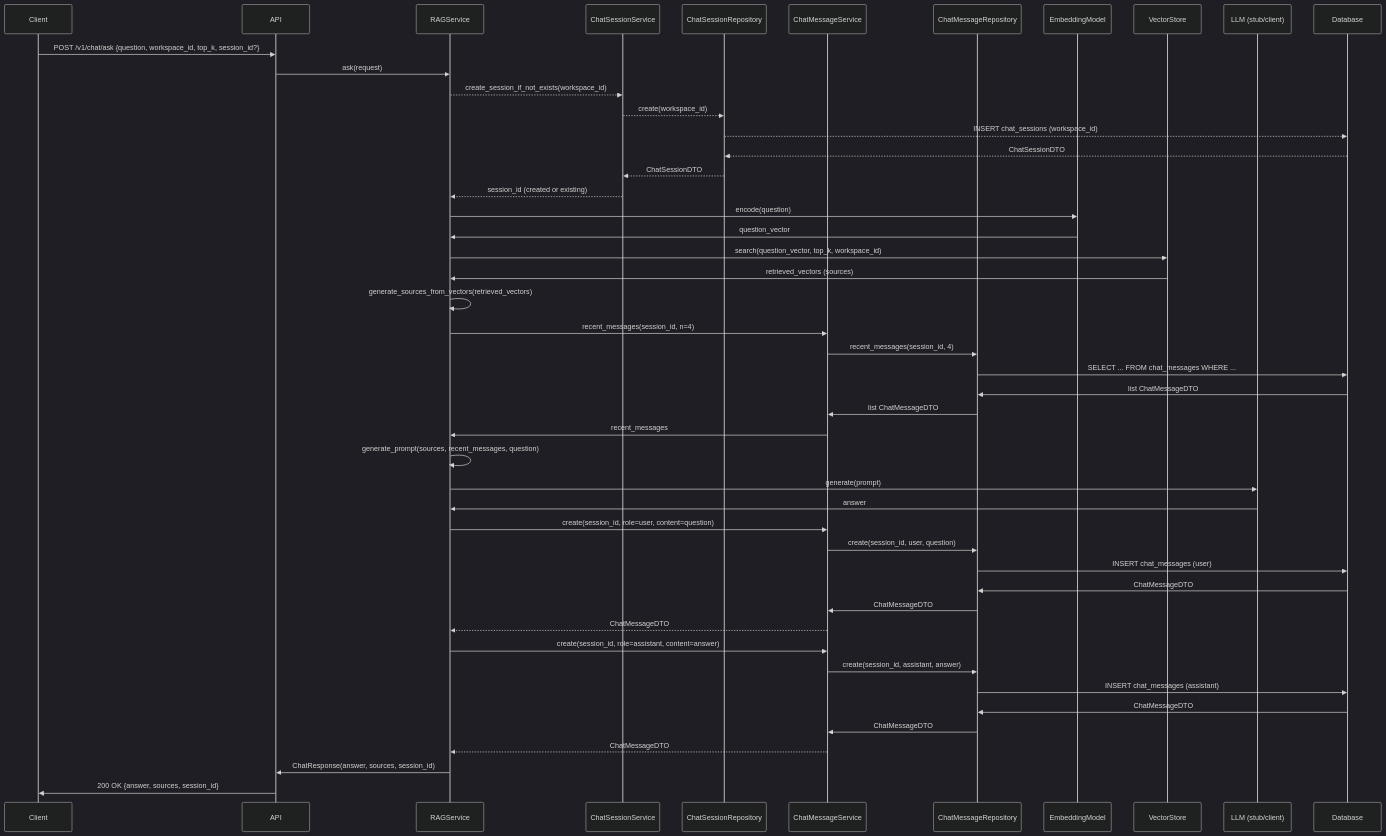
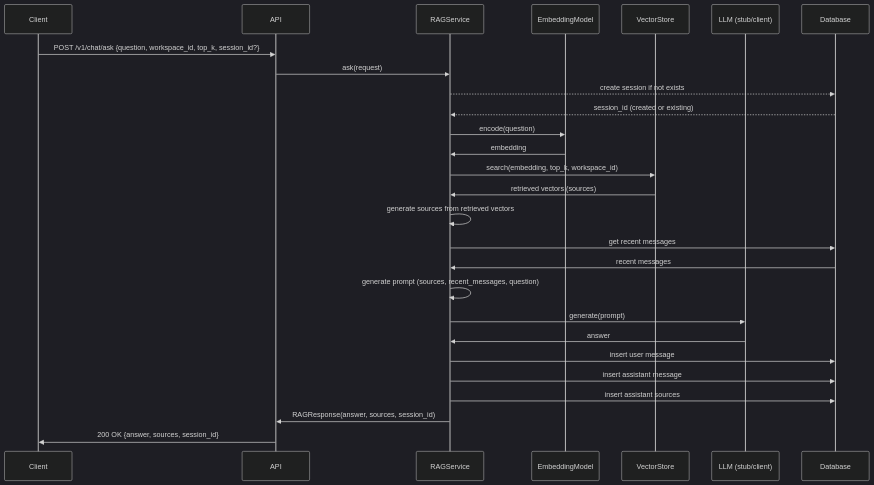
The second of 2 diagrams in ARCHITECTURE.md (Lunarskii/ingestion-service), drawn with Mermaid (dark theme) before and after one commit. The commit also changed other lines of this file and 53 other files, not shown here.

````diff
--- a/ARCHITECTURE.md
+++ b/ARCHITECTURE.md
@@ -247,58 +275,36 @@
 ```mermaid
 sequenceDiagram
     participant Client
     participant API
     participant RAGService
-    participant ChatSessionService
-    participant ChatSessionRepository
-    participant ChatMessageService
-    participant ChatMessageRepository
     participant EmbeddingModel
     participant VectorStore
     participant LLM as LLM (stub/client)
-    participant Database
+    participant DB as Database
 
     Client->>API: POST /v1/chat/ask {question, workspace_id, top_k, session_id?}
     API->>RAGService: ask(request)
     
-    RAGService-->>ChatSessionService: create_session_if_not_exists(workspace_id)
-    ChatSessionService-->>ChatSessionRepository: create(workspace_id)
-    ChatSessionRepository-->>Database: INSERT chat_sessions (workspace_id)
-    Database-->>ChatSessionRepository: ChatSessionDTO
-    ChatSessionRepository-->>ChatSessionService: ChatSessionDTO
-    ChatSessionService-->>RAGService: session_id (created or existing)
+    RAGService-->>DB: create session if not exists
+    DB-->>RAGService: session_id (created or existing)
     
     RAGService->>EmbeddingModel: encode(question)
-    EmbeddingModel->>RAGService: question_vector
-    RAGService->>VectorStore: search(question_vector, top_k, workspace_id)
-    VectorStore->>RAGService: retrieved_vectors (sources)
-    RAGService->>RAGService: generate_sources_from_vectors(retrieved_vectors)
+    EmbeddingModel->>RAGService: embedding
+    RAGService->>VectorStore: search(embedding, top_k, workspace_id)
+    VectorStore->>RAGService: retrieved vectors (sources)
+    RAGService->>RAGService: generate sources from retrieved vectors
     
-    RAGService->>ChatMessageService: recent_messages(session_id, n=4)
-    ChatMessageService->>ChatMessageRepository: recent_messages(session_id, 4)
-    ChatMessageRepository->>Database: SELECT ... FROM chat_messages WHERE ...
-    Database->>ChatMessageRepository: list ChatMessageDTO
-    ChatMessageRepository->>ChatMessageService: list ChatMessageDTO
-    ChatMessageService->>RAGService: recent_messages
-    
-    RAGService->>RAGService: generate_prompt(sources, recent_messages, question)
+    RAGService->>DB: get recent messages
+    DB->>RAGService: recent messages
+
+    RAGService->>RAGService: generate prompt (sources, recent_messages, question)
     RAGService->>LLM: generate(prompt)
     LLM->>RAGService: answer
     
-    RAGService->>ChatMessageService: create(session_id, role=user, content=question)
-    ChatMessageService->>ChatMessageRepository: create(session_id, user, question)
-    ChatMessageRepository->>Database: INSERT chat_messages (user)
-    Database->>ChatMessageRepository: ChatMessageDTO
-    ChatMessageRepository->>ChatMessageService: ChatMessageDTO
-    ChatMessageService-->>RAGService: ChatMessageDTO
+    RAGService->>DB: insert user message
+    RAGService->>DB: insert assistant message
+    RAGService->>DB: insert assistant sources
     
-    RAGService->>ChatMessageService: create(session_id, role=assistant, content=answer)
-    ChatMessageService->>ChatMessageRepository: create(session_id, assistant, answer)
-    ChatMessageRepository->>Database: INSERT chat_messages (assistant)
-    Database->>ChatMessageRepository: ChatMessageDTO
-    ChatMessageRepository->>ChatMessageService: ChatMessageDTO
-    ChatMessageService-->>RAGService: ChatMessageDTO
-    
-    RAGService->>API: ChatResponse(answer, sources, session_id)
+    RAGService->>API: RAGResponse(answer, sources, session_id)
     API->>Client: 200 OK {answer, sources, session_id}
 ```
````
